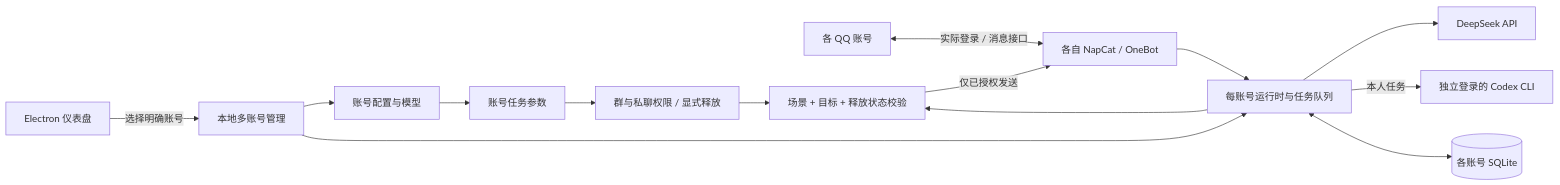
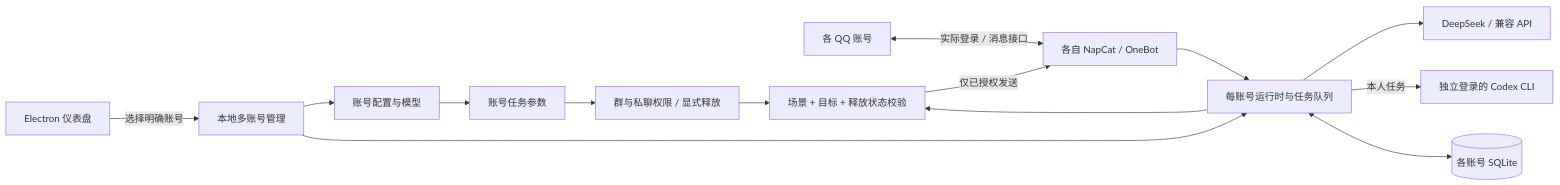
Before and after one commit to klwb360/QQ_Service: the diagram in README.md, drawn with Mermaid. The commit also changed other lines of this file and 37 other files, not shown here.

````diff
--- a/README.md
+++ b/README.md
@@ -57,16 +73,16 @@
 ```mermaid
 flowchart LR
   UI[Electron 仪表盘] -->|选择明确账号| Accounts[本地多账号管理]
   Accounts --> Config[账号配置与模型]
   Config --> Tasks[账号任务参数]
   Tasks --> Permissions[群与私聊权限 / 显式释放]
   QQ[各 QQ 账号] <-->|实际登录 / 消息接口| NapCat[各自 NapCat / OneBot]
   NapCat --> Runtime[每账号运行时与任务队列]
   Accounts --> Runtime
-  Runtime --> DS[DeepSeek API]
+  Runtime --> DS[DeepSeek / 兼容 API]
   Runtime -->|本人任务| Codex[独立登录的 Codex CLI]
   Runtime <--> DB[(各账号 SQLite)]
   Runtime --> Gate[场景 + 目标 + 释放状态校验]
   Permissions --> Gate
   Gate -->|仅已授权发送| NapCat
 ```
````
